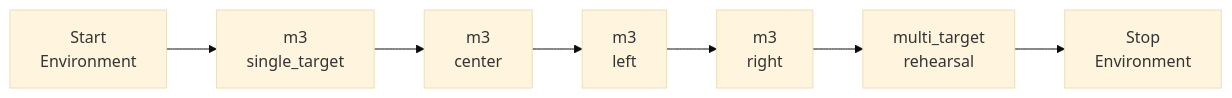
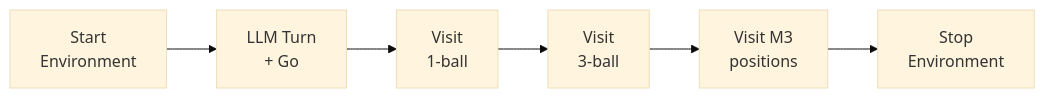
The diagram in docs/DASHBOARD_OPERATOR_GUIDE.md (fsmalkin/chasebot), drawn with Mermaid (base theme) before and after one commit. The commit also changed other lines of this file and 2 other files, not shown here.

First line of the commit message:
close out all UAT plan steps, update operator guide and roadmap

````diff
--- a/docs/DASHBOARD_OPERATOR_GUIDE.md
+++ b/docs/DASHBOARD_OPERATOR_GUIDE.md
@@ -45,9 +59,8 @@
 ```mermaid
 graph LR
-    Start["Start<br/>Environment"] --> ST["m3<br/>single_target"]
-    ST --> MC["m3<br/>center"]
-    MC --> ML["m3<br/>left"]
-    ML --> MR["m3<br/>right"]
-    MR --> MT["multi_target<br/>rehearsal"]
-    MT --> Stop["Stop<br/>Environment"]
+    Start["Start<br/>Environment"] --> LLM["LLM Turn<br/>+ Go"]
+    LLM --> V1["Visit<br/>1-ball"]
+    V1 --> V3["Visit<br/>3-ball"]
+    V3 --> VM3["Visit M3<br/>positions"]
+    VM3 --> Stop["Stop<br/>Environment"]
 ```
````
